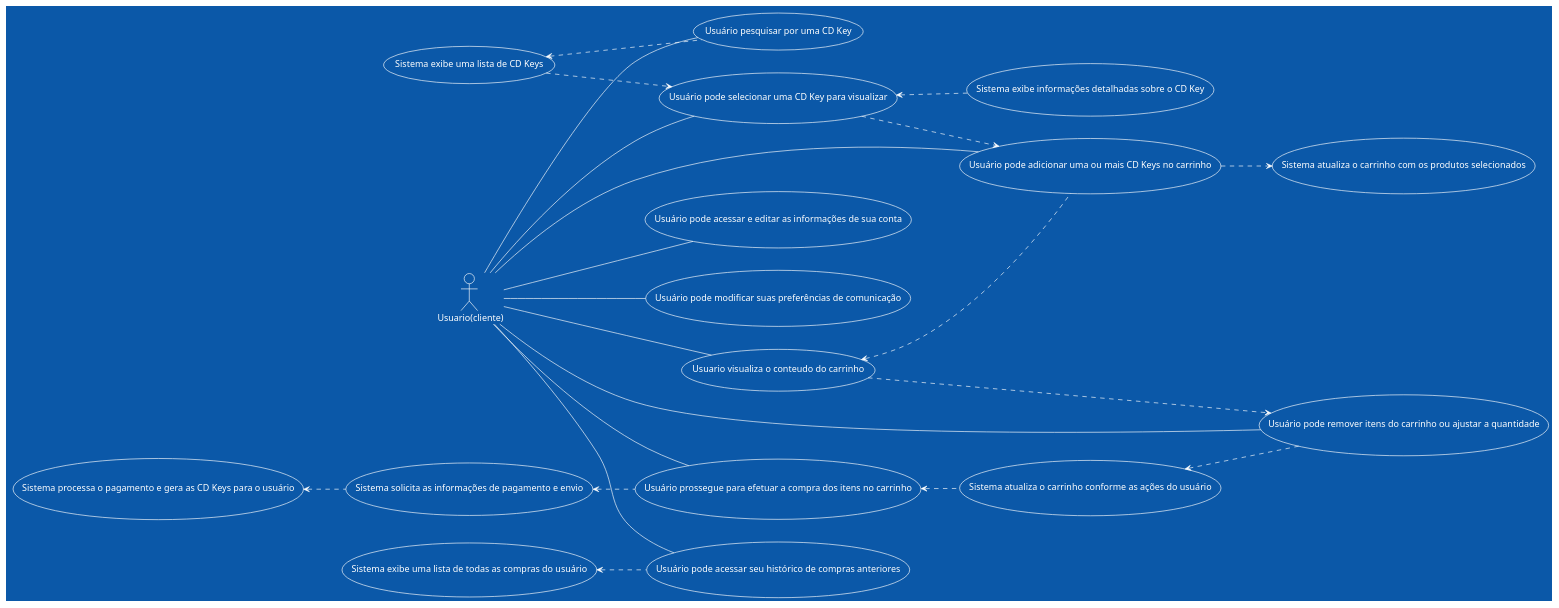
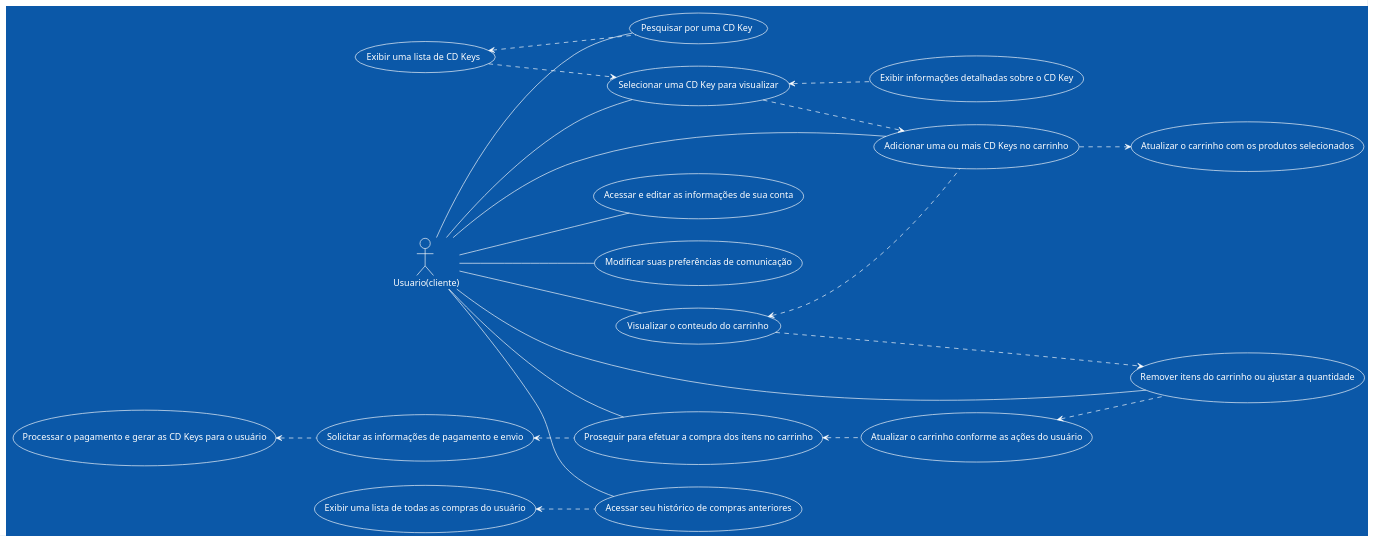
The diagram in Projeto.plantUML (willzin454/AnaliseP.S.---plantUML), drawn with PlantUML before and after one commit.

```diff
--- a/Projeto.plantUML
+++ b/Projeto.plantUML
@@ -1,48 +1,48 @@
 @startuml Project
 
     left to right direction
     !theme amiga
 
     : Usuario(cliente): as C1
 
-    (Usuário pesquisar por uma CD Key) as CU001
-    (Sistema exibe uma lista de CD Keys) as CU002
-    (Usuário pode selecionar uma CD Key para visualizar) as CU003
-    (Sistema exibe informações detalhadas sobre o CD Key) as CU004
-    (Usuário pode adicionar uma ou mais CD Keys no carrinho) as CU005
-    (Sistema atualiza o carrinho com os produtos selecionados) as CU006
-    (Usuario visualiza o conteudo do carrinho) as CU007
-    (Usuário pode remover itens do carrinho ou ajustar a quantidade) as CU008
-    (Sistema atualiza o carrinho conforme as ações do usuário) as CU009
-    (Usuário prossegue para efetuar a compra dos itens no carrinho) as CU010
-    (Sistema solicita as informações de pagamento e envio) as CU011
-    (Sistema processa o pagamento e gera as CD Keys para o usuário) as CU012
-    (Usuário pode acessar seu histórico de compras anteriores) as CU013
-    (Sistema exibe uma lista de todas as compras do usuário) as CU014
-    (Usuário pode acessar e editar as informações de sua conta) as CU015
-    (Usuário pode modificar suas preferências de comunicação) as CU016
+    (Pesquisar por uma CD Key) as CU001
+    (Exibir uma lista de CD Keys) as CU002
+    (Selecionar uma CD Key para visualizar) as CU003
+    (Exibir informações detalhadas sobre o CD Key) as CU004
+    (Adicionar uma ou mais CD Keys no carrinho) as CU005
+    (Atualizar o carrinho com os produtos selecionados) as CU006
+    (Visualizar o conteudo do carrinho) as CU007
+    (Remover itens do carrinho ou ajustar a quantidade) as CU008
+    (Atualizar o carrinho conforme as ações do usuário) as CU009
+    (Proseguir para efetuar a compra dos itens no carrinho) as CU010
+    (Solicitar as informações de pagamento e envio) as CU011
+    (Processar o pagamento e gerar as CD Keys para o usuário) as CU012
+    (Acessar seu histórico de compras anteriores) as CU013
+    (Exibir uma lista de todas as compras do usuário) as CU014
+    (Acessar e editar as informações de sua conta) as CU015
+    (Modificar suas preferências de comunicação) as CU016
 
     C1 -- CU001
     C1 -- CU003
     C1 -- CU005
     C1 -- CU007
     C1 -- CU008
     C1 -- CU010
     C1 -- CU013
     C1 -- CU015
     C1 -- CU016
     
     CU002 <.. CU001
     CU002 ..> CU003
     CU003 <.. CU004
     CU003 ..> CU005
     CU005 ..> CU006
     CU007 <.. CU005
     CU007 ..> CU008
     CU009 <.. CU008
     CU010 <.. CU009
     CU011 <.. CU010
     CU012 <.. CU011
     CU014 <.. CU013
 
 @enduml
```
